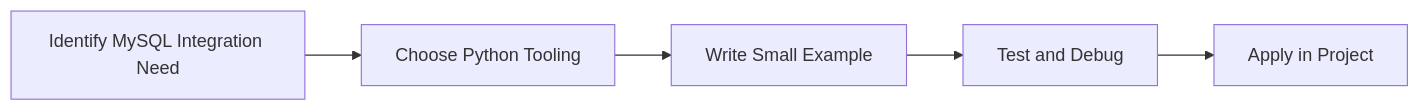
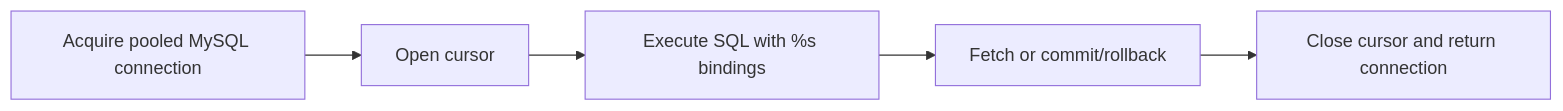
The diagram in Python-Mastery/Intermediate/28-mysql-integration.md (SYMOIZ/E-Learning-Portal), drawn with Mermaid before and after one commit. The commit also changed other lines of this file and 116 other files, not shown here.

````diff
--- a/Python-Mastery/Intermediate/28-mysql-integration.md
+++ b/Python-Mastery/Intermediate/28-mysql-integration.md
@@ -138,7 +181,7 @@
 ```mermaid
 flowchart LR
-    A[Identify MySQL Integration Need] --> B[Choose Python Tooling]
-    B --> C[Write Small Example]
-    C --> D[Test and Debug]
-    D --> E[Apply in Project]
+    A[Acquire pooled MySQL connection] --> B[Open cursor]
+    B --> C[Execute SQL with %s bindings]
+    C --> D[Fetch or commit/rollback]
+    D --> E[Close cursor and return connection]
 ```
````
